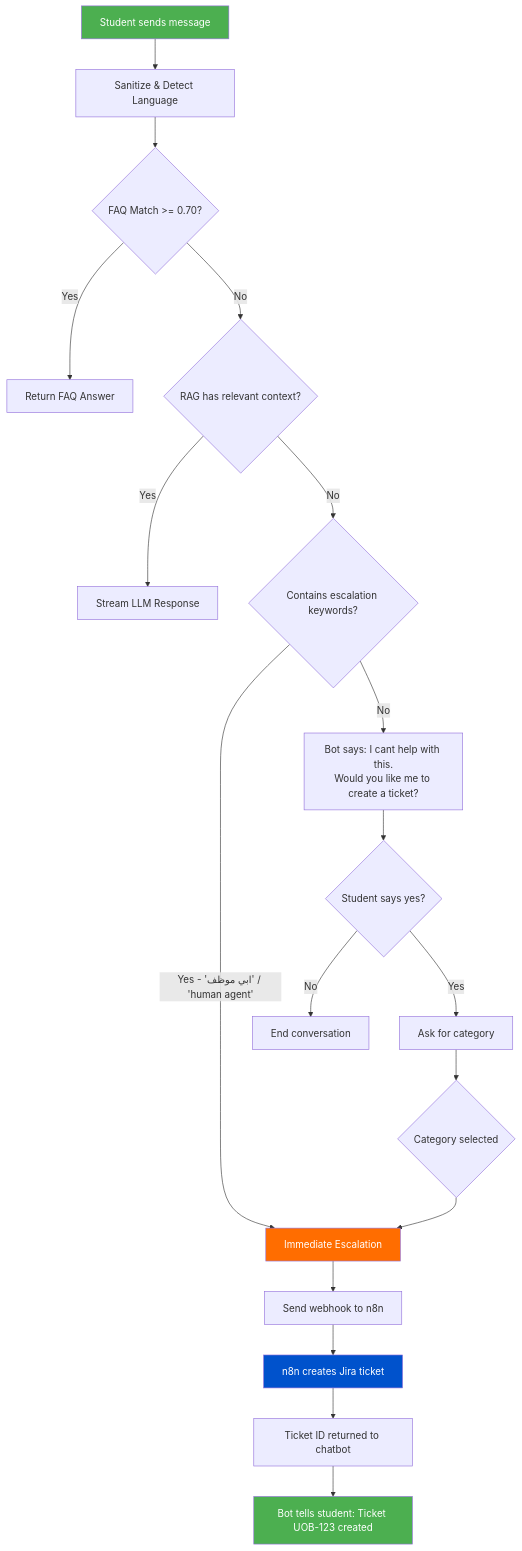
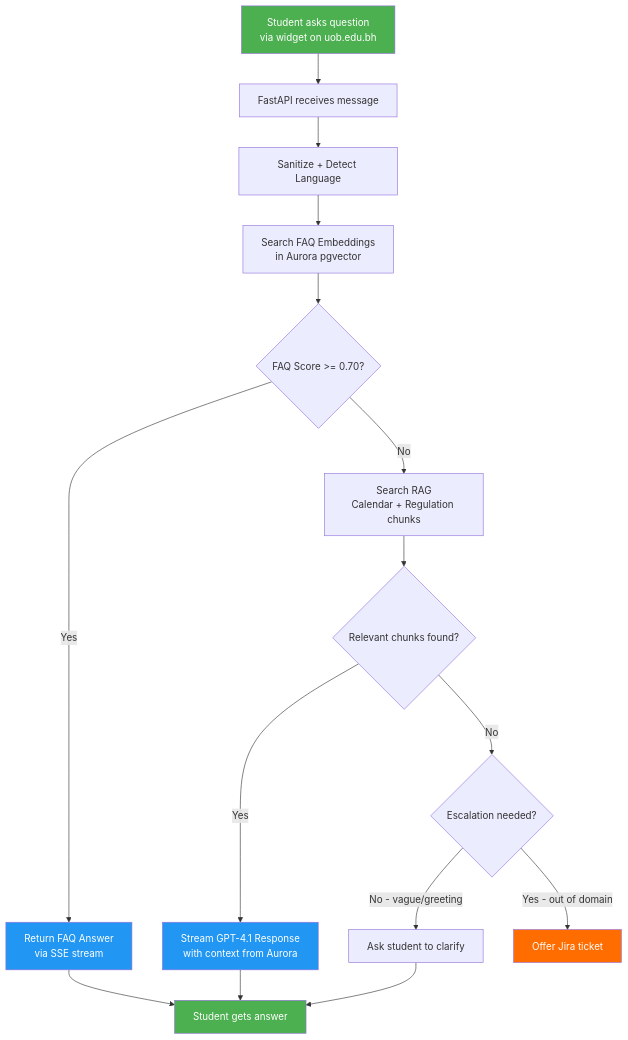
One commit to xAbdullaShaker/Jira-AI changed the fourth of 12 diagrams in ARCHITECTURE.md. Above: the diagram before and after it, drawn with Mermaid. The commit also changed other lines of this file and 1 other file, not shown here.

First line of the commit message:
Enhance plan: widget on uob.edu.bh, Aurora PostgreSQL, reframe Jira as secondary

````diff
--- a/ARCHITECTURE.md
+++ b/ARCHITECTURE.md
@@ -34,31 +113,27 @@
 ```mermaid
 flowchart TD
-    A[Student sends message] --> B[Sanitize & Detect Language]
-    B --> C{FAQ Match >= 0.70?}
+    A[Student asks question\nvia widget on uob.edu.bh] --> B[FastAPI receives message]
+    B --> C[Sanitize + Detect Language]
+    C --> D[Search FAQ Embeddings\nin Aurora pgvector]
     
-    C -->|Yes| D[Return FAQ Answer]
-    C -->|No| E{RAG has relevant context?}
+    D --> E{FAQ Score >= 0.70?}
+    E -->|Yes| F[Return FAQ Answer\nvia SSE stream]
     
-    E -->|Yes| F[Stream LLM Response]
-    E -->|No| G{Contains escalation keywords?}
+    E -->|No| G[Search RAG\nCalendar + Regulation chunks]
+    G --> H{Relevant chunks found?}
+    H -->|Yes| I[Stream GPT-4.1 Response\nwith context from Aurora]
     
-    G -->|Yes - 'ابي موظف' / 'human agent'| H[Immediate Escalation]
-    G -->|No| I[Bot says: I cant help with this.\nWould you like me to create a ticket?]
+    H -->|No| J{Escalation needed?}
+    J -->|No - vague/greeting| K[Ask student to clarify]
+    J -->|Yes - out of domain| L[Offer Jira ticket]
     
-    I --> J{Student says yes?}
-    J -->|Yes| K[Ask for category]
-    J -->|No| L[End conversation]
-    
-    K --> M{Category selected}
-    M --> H
-    
-    H --> N[Send webhook to n8n]
-    N --> O[n8n creates Jira ticket]
-    O --> P[Ticket ID returned to chatbot]
-    P --> Q[Bot tells student: Ticket UOB-123 created]
+    F --> M[Student gets answer]
+    I --> M
+    K --> M
 
     style A fill:#4CAF50,color:#fff
-    style H fill:#FF6D00,color:#fff
-    style O fill:#0052CC,color:#fff
-    style Q fill:#4CAF50,color:#fff
+    style F fill:#2196F3,color:#fff
+    style I fill:#2196F3,color:#fff
+    style L fill:#FF6D00,color:#fff
+    style M fill:#4CAF50,color:#fff
 ```
````
